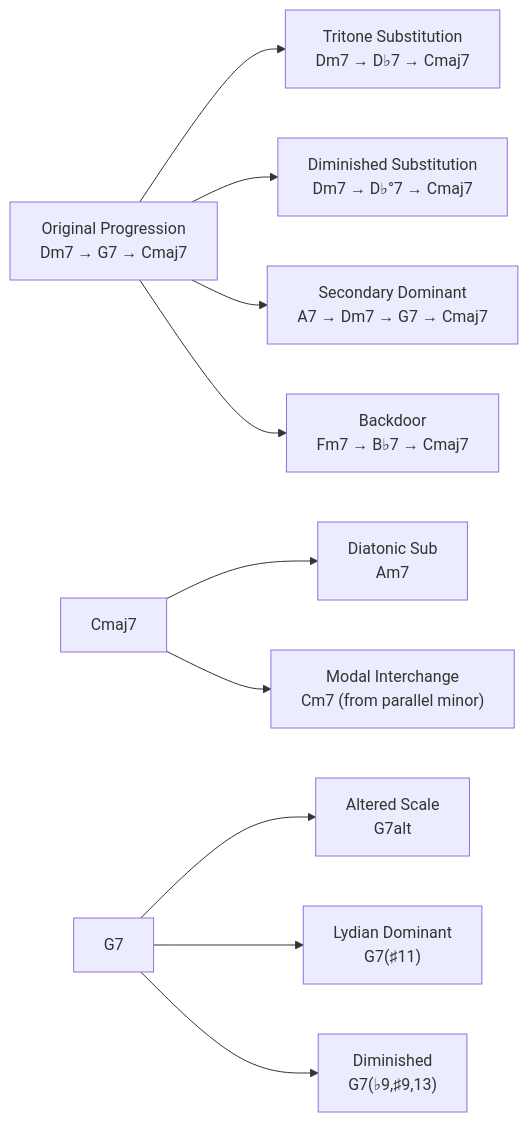
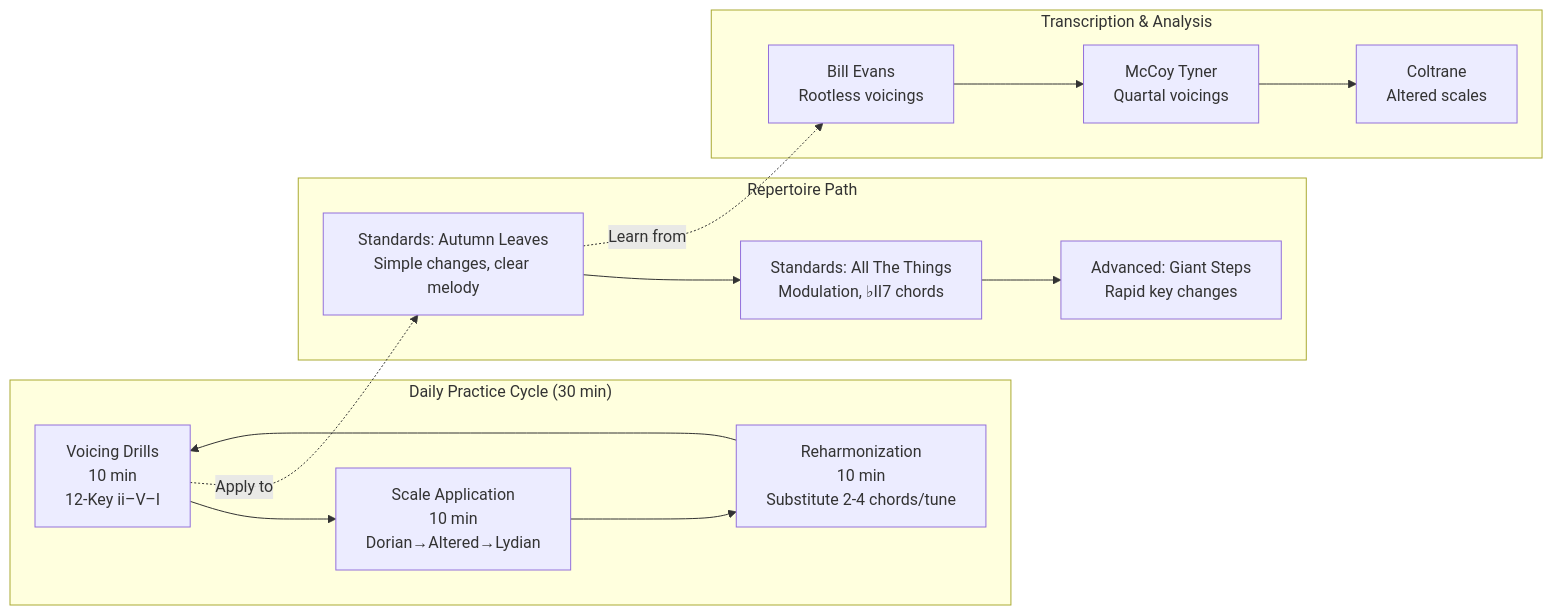
The second of 2 diagrams in topics/arts/composition/jazz_harmony/lesson_04_advanced_harmonic_concepts.md (blebleblee/synapse), drawn with Mermaid before and after one commit. The commit also changed other lines of this file and 4 other files, not shown here.

````diff
--- a/topics/arts/composition/jazz_harmony/lesson_04_advanced_harmonic_concepts.md
+++ b/topics/arts/composition/jazz_harmony/lesson_04_advanced_harmonic_concepts.md
@@ -124,14 +551,33 @@
 ```mermaid
 graph LR
-    A["Original Progression<br/>Dm7 → G7 → Cmaj7"] --> B["Tritone Substitution<br/>Dm7 → D♭7 → Cmaj7"]
-    A --> C["Diminished Substitution<br/>Dm7 → D♭°7 → Cmaj7"]
-    A --> D["Secondary Dominant<br/>A7 → Dm7 → G7 → Cmaj7"]
-    A --> E["Backdoor<br/>Fm7 → B♭7 → Cmaj7"]
+    subgraph sub_practice ["Daily Practice Cycle (30 min)"]
+        A["Voicing Drills<br/>10 min<br/>12-Key ii–V–I"]
+        B["Scale Application<br/>10 min<br/>Dorian→Altered→Lydian"]
+        C["Reharmonization<br/>10 min<br/>Substitute 2-4 chords/tune"]
+    end
     
-    F["Cmaj7"] --> G["Diatonic Sub<br/>Am7"]
-    F --> H["Modal Interchange<br/>Cm7 (from parallel minor)"]
+    subgraph sub_repertoire ["Repertoire Path"]
+        D["Standards: Autumn Leaves<br/>Simple changes, clear melody"]
+        E["Standards: All The Things<br/>Modulation, ♭II7 chords"]
+        F["Advanced: Giant Steps<br/>Rapid key changes"]
+    end
     
-    I["G7"] --> J["Altered Scale<br/>G7alt"]
-    I --> K["Lydian Dominant<br/>G7(♯11)"]
-    I --> L["Diminished<br/>G7(♭9,♯9,13)"]
+    subgraph sub_listening ["Transcription & Analysis"]
+        G["Bill Evans<br/>Rootless voicings"]
+        H["McCoy Tyner<br/>Quartal voicings"]
+        I["Coltrane<br/>Altered scales"]
+    end
+    
+    A --> B
+    B --> C
+    C --> A
+    
+    D --> E
+    E --> F
+    
+    G --> H
+    H --> I
+    
+    A -.->|Apply to| D
+    D -.->|Learn from| G
 ```
````
